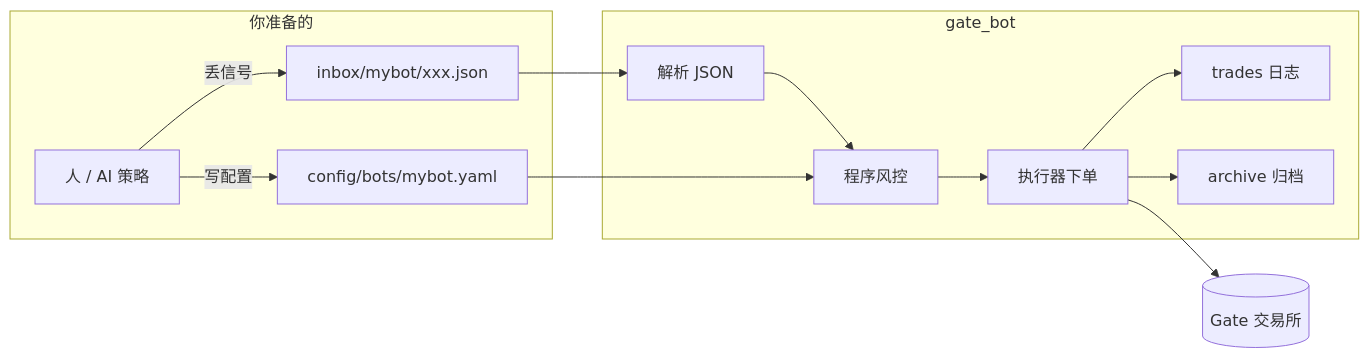
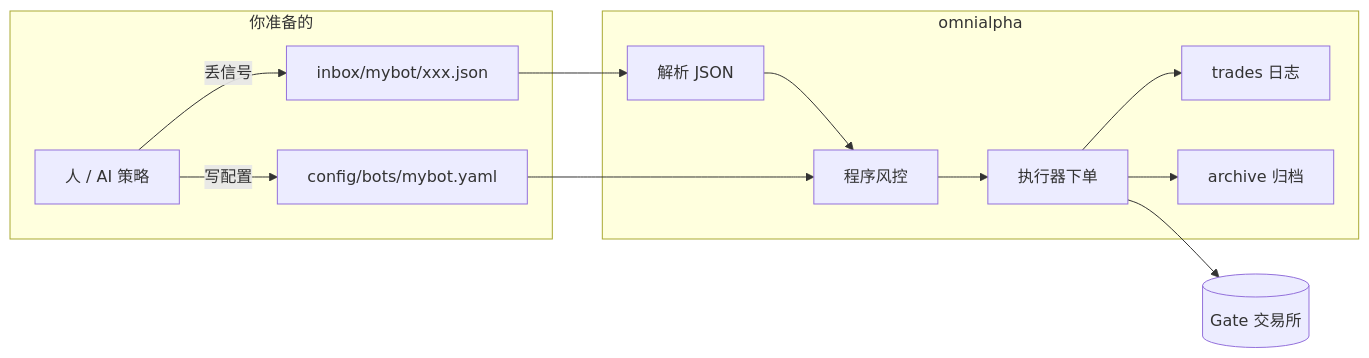
The first of 2 diagrams in docs/TUTORIAL-10min.md (3322848883/Omni-coreAI), drawn with Mermaid before and after one commit. The commit also changed other lines of this file and 344 other files, not shown here.

First line of the commit message:
refactor(rename): gate-signal-bot → OmniAlpha（Python 模块 gate_bot → omnialpha）

````diff
--- a/docs/TUTORIAL-10min.md
+++ b/docs/TUTORIAL-10min.md
@@ -11,20 +11,20 @@
 ```mermaid
 flowchart LR
   subgraph 你准备的
     Y[人 / AI 策略]
     C[config/bots/mybot.yaml]
     J[inbox/mybot/xxx.json]
   end
-  subgraph gate_bot
+  subgraph omnialpha
     P[解析 JSON] --> R[程序风控]
     R --> E[执行器下单]
     E --> L[trades 日志]
     E --> A[archive 归档]
   end
   G[(Gate 交易所)]
   Y -->|写配置| C
   Y -->|丢信号| J
   J --> P
   C --> R
   E --> G
 ```
````
